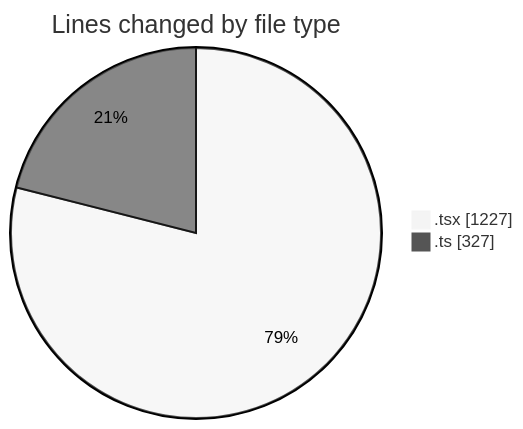
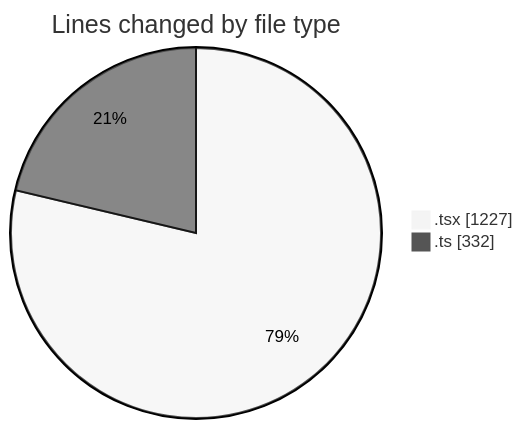
The first of 2 diagrams in 2026-03-24/nxtqube_webapp/README.md (nxtqubesakshisongat/code-tracking), drawn with Mermaid (neutral theme) before and after one commit. The commit also changed other lines of this file and 1 other file, not shown here.

````diff
--- a/2026-03-24/nxtqube_webapp/README.md
+++ b/2026-03-24/nxtqube_webapp/README.md
@@ -22,6 +22,6 @@
 ```mermaid
 pie showData
 title Lines changed by file type
 ".tsx" : 1227
-".ts" : 327
+".ts" : 332
 ```
````
